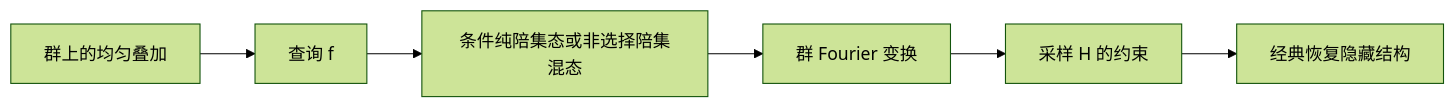
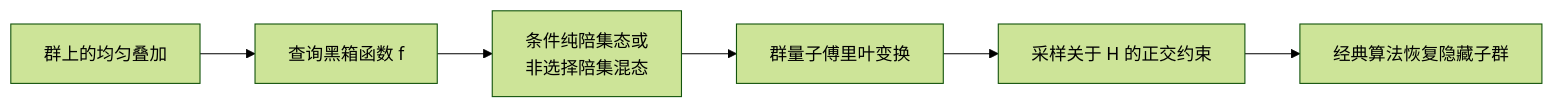
Before and after one commit to nanless/quantum-computing-handbook: the first of 3 diagrams in handbook/16-advanced-algorithms-verification.md, drawn with Mermaid (forest theme). The commit also changed other lines of this file and 386 other files, not shown here.

````diff
--- a/handbook/16-advanced-algorithms-verification.md
+++ b/handbook/16-advanced-algorithms-verification.md
@@ -222,8 +428,8 @@
 ```mermaid
 flowchart LR
-  A[群上的均匀叠加] --> B[查询 f]
-  B --> C[条件纯陪集态或非选择陪集混态]
-  C --> D[群 Fourier 变换]
-  D --> E[采样 H 的约束]
-  E --> F[经典恢复隐藏结构]
+  A["群上的均匀叠加"] --> B["查询黑箱函数 f"]
+  B --> C["条件纯陪集态或<br/>非选择陪集混态"]
+  C --> D["群量子傅里叶变换"]
+  D --> E["采样关于 H 的正交约束"]
+  E --> F["经典算法恢复隐藏子群"]
 ```
````
